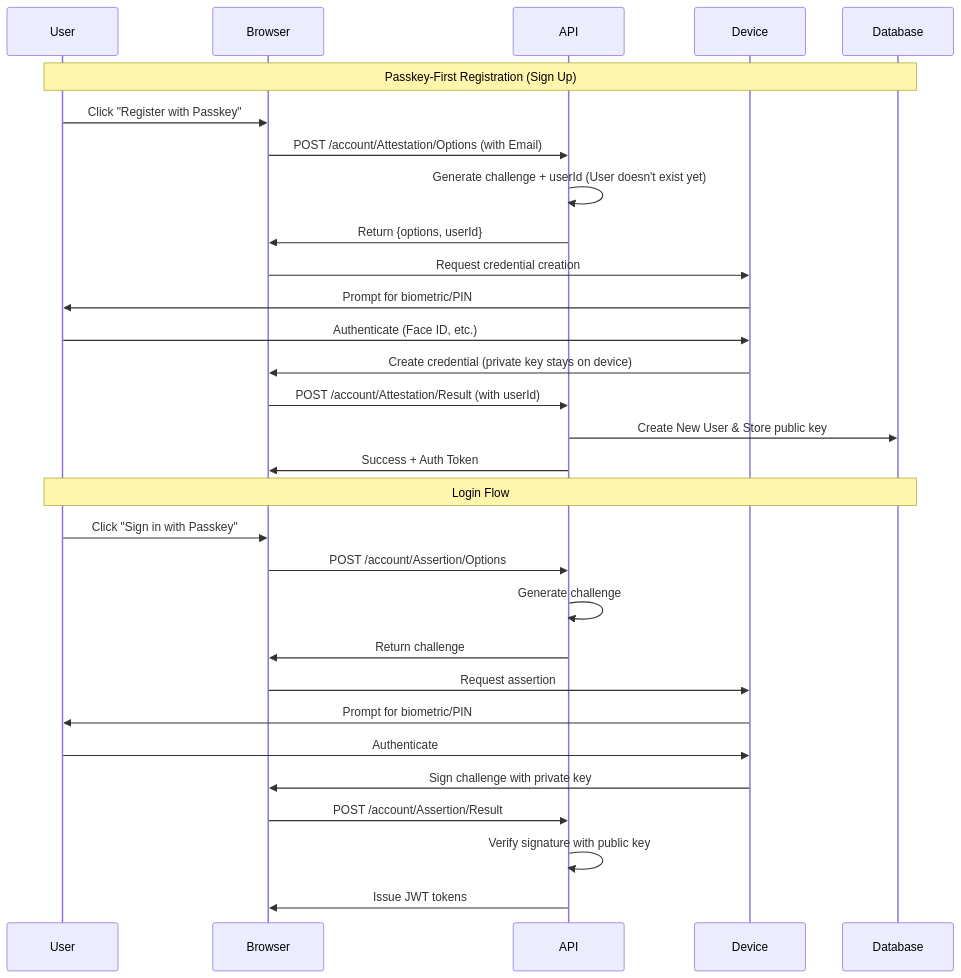
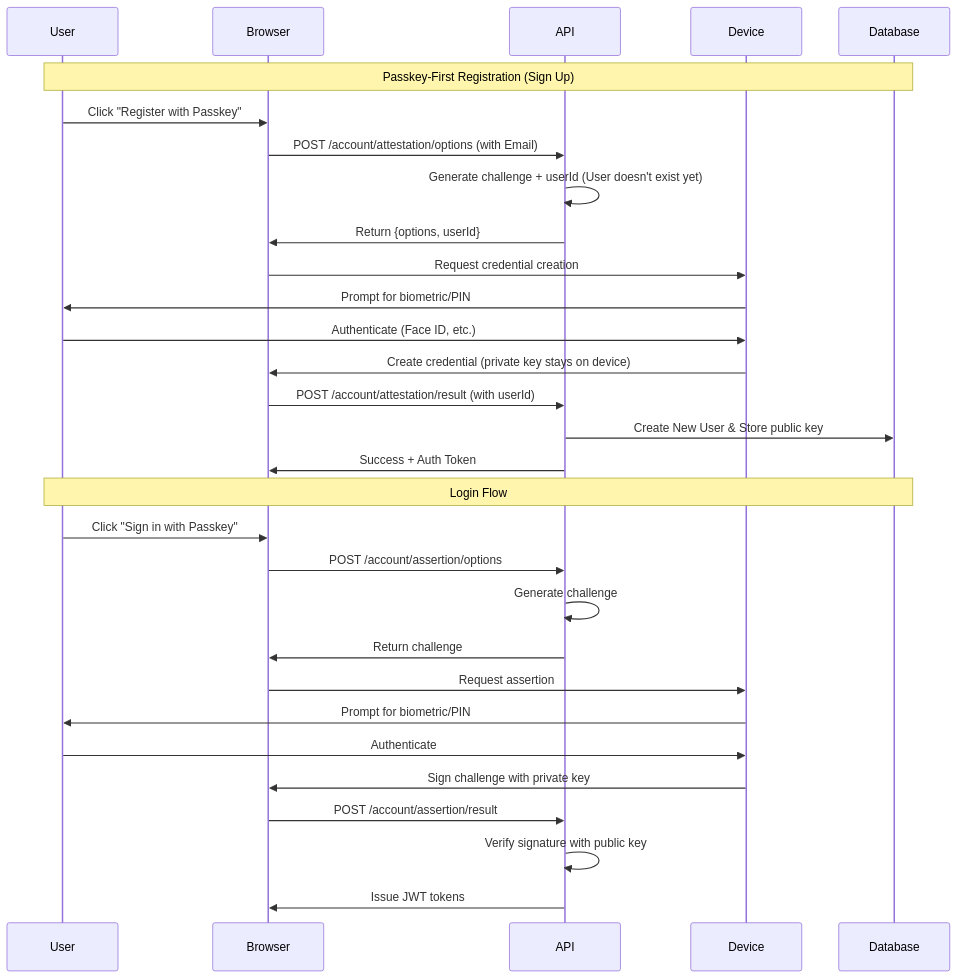
Before and after one commit to aalmada/BookStore: the diagram in docs/passkey-guide.md, drawn with Mermaid. The commit also changed other lines of this file and 10 other files, not shown here.

````diff
--- a/docs/passkey-guide.md
+++ b/docs/passkey-guide.md
@@ -17,34 +17,34 @@
 ```mermaid
 sequenceDiagram
     participant User
     participant Browser
     participant API
     participant Device
     participant Database
 
     Note over User,Database: Passkey-First Registration (Sign Up)
     User->>Browser: Click "Register with Passkey"
-    Browser->>API: POST /account/Attestation/Options (with Email)
+    Browser->>API: POST /account/attestation/options (with Email)
     API->>API: Generate challenge + userId (User doesn't exist yet)
     API->>Browser: Return {options, userId}
     Browser->>Device: Request credential creation
     Device->>User: Prompt for biometric/PIN
     User->>Device: Authenticate (Face ID, etc.)
     Device->>Browser: Create credential (private key stays on device)
-    Browser->>API: POST /account/Attestation/Result (with userId)
+    Browser->>API: POST /account/attestation/result (with userId)
     API->>Database: Create New User & Store public key
     API->>Browser: Success + Auth Token
 
     Note over User,Database: Login Flow
     User->>Browser: Click "Sign in with Passkey"
-    Browser->>API: POST /account/Assertion/Options
+    Browser->>API: POST /account/assertion/options
     API->>API: Generate challenge
     API->>Browser: Return challenge
     Browser->>Device: Request assertion
     Device->>User: Prompt for biometric/PIN
     User->>Device: Authenticate
     Device->>Browser: Sign challenge with private key
-    Browser->>API: POST /account/Assertion/Result
+    Browser->>API: POST /account/assertion/result
     API->>API: Verify signature with public key
     API->>Browser: Issue JWT tokens
 ```
````
